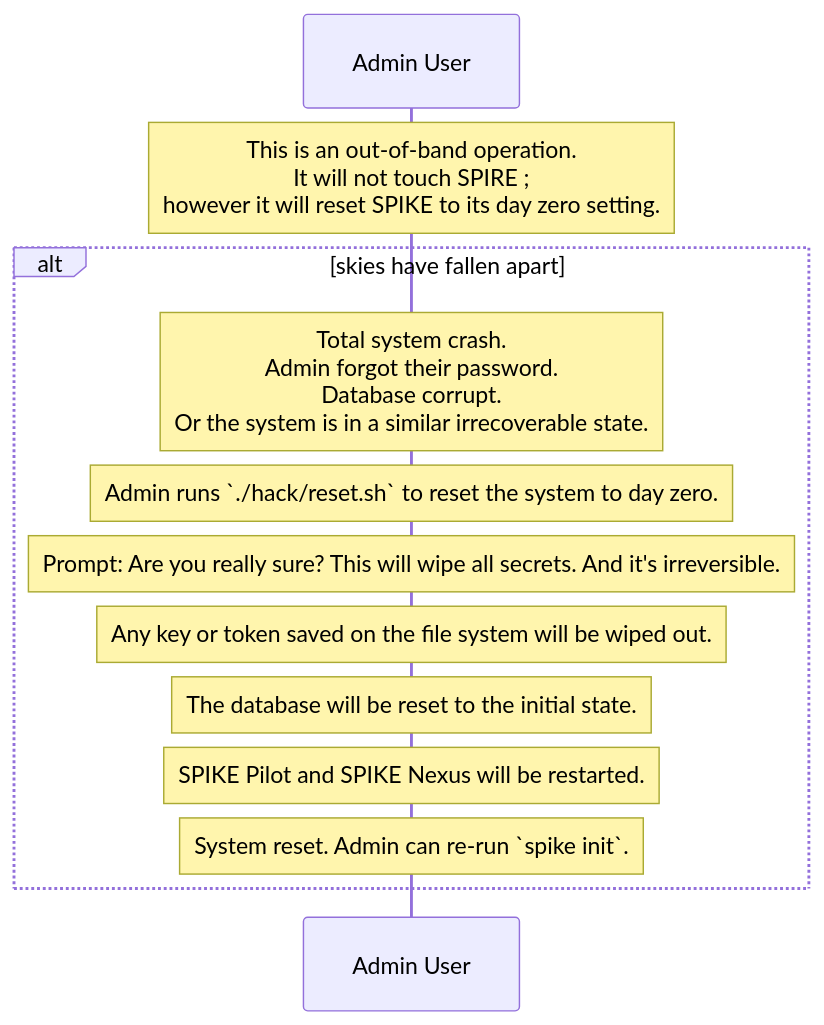
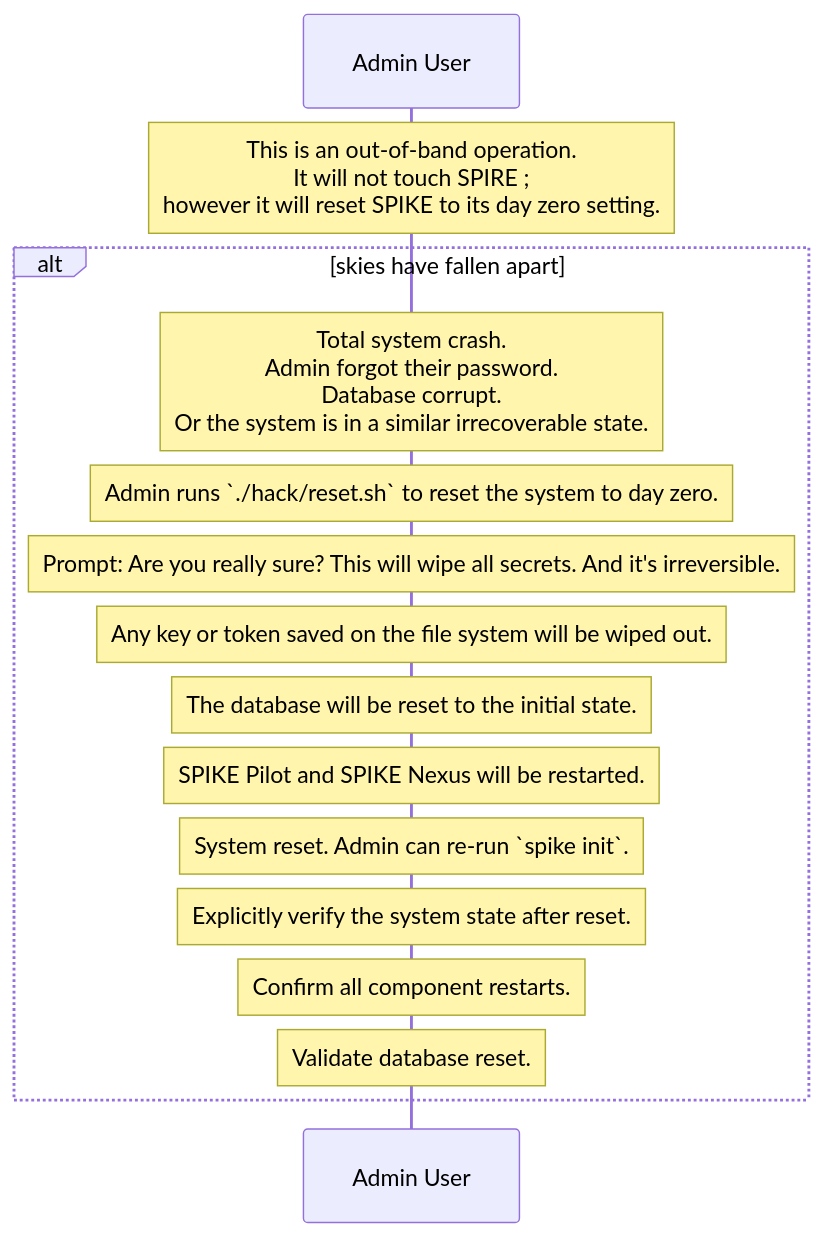
One commit to zerotohero-dev/spike changed the sixth of 6 diagrams in ARCHITECTURE.md. Above: the diagram before and after it, drawn with Mermaid. The commit also changed other lines of this file and 1 other file, not shown here.

Commit message:
Update sequence diagrams Signed-off-by: Volkan Özçelik <me@volkan.io>

````diff
--- a/ARCHITECTURE.md
+++ b/ARCHITECTURE.md
@@ -344,14 +378,17 @@
 ```mermaid
 sequenceDiagram
     participant P as Admin User
         Note over P: This is an out-of-band operation.<br>It will not touch SPIRE #semi;<br>however it will reset SPIKE to its day zero setting.
     alt skies have fallen apart
         Note over P: Total system crash.<br>Admin forgot their password.<br>Database corrupt.<br>Or the system is in a similar irrecoverable state.
         Note over P: Admin runs `./hack/reset.sh` to reset the system to day zero.
         Note over P: Prompt: Are you really sure? This will wipe all secrets. And it's irreversible.
         Note over P: Any key or token saved on the file system will be wiped out.
         Note over P: The database will be reset to the initial state.
         Note over P: SPIKE Pilot and SPIKE Nexus will be restarted.
         Note over P: System reset. Admin can re-run `spike init`.
+        Note over P: Explicitly verify the system state after reset.
+        Note over P: Confirm all component restarts.
+        Note over P: Validate database reset.
     end
 ```
````
